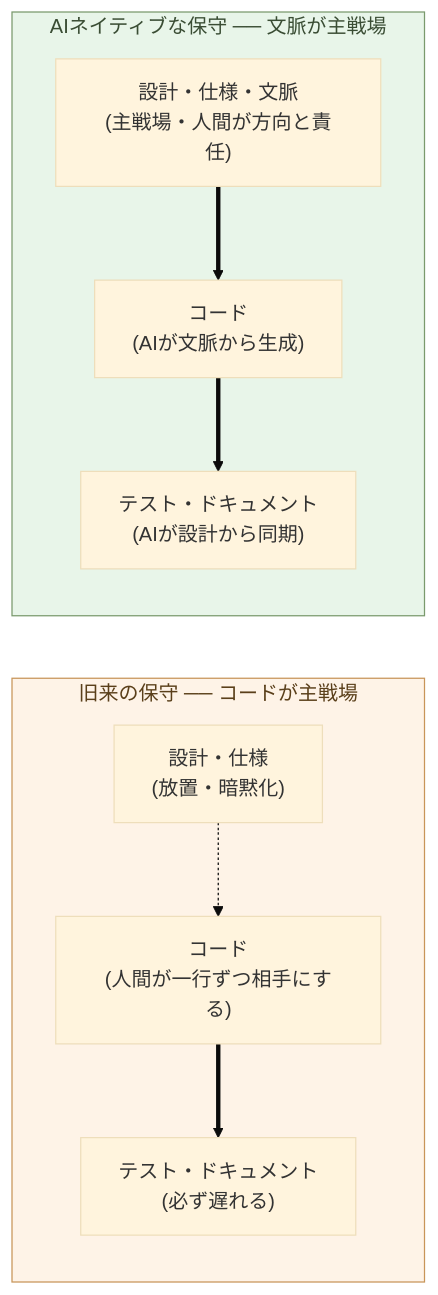
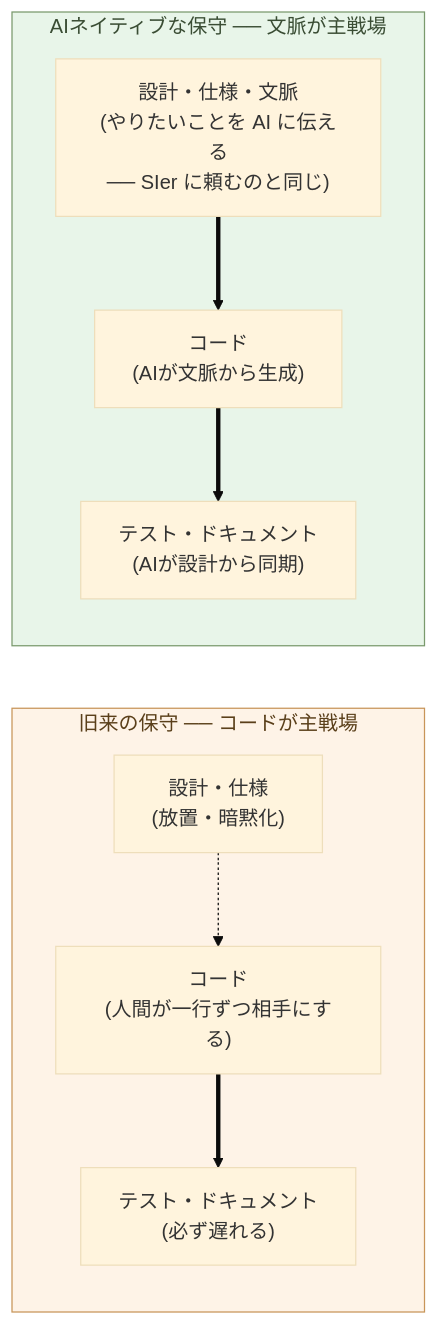
Before and after one commit to aiseed-dev/website: the diagram in articles/ai-native-ways/software/02-maintenance-shift/ja.md, drawn with Mermaid (base theme). The commit also changed 1 other file, not shown here.

Commit message:
第2章: 図の新側ノードを平易化(方向と責任→SIerに頼むのと同じ)
「主戦場・人間が方向と責任」が硬すぎるため、「やりたいことを AI に伝える
── SIer に頼むのと同じ」に。従来 SIer に依頼していたのと同じ感覚でよい、と
平易化。ja/en とも。

Claude-Session: https://claude.ai/code/session_01JWSjUtp9JogXnFvcXErbX3

````diff
--- a/articles/ai-native-ways/software/02-maintenance-shift/ja.md
+++ b/articles/ai-native-ways/software/02-maintenance-shift/ja.md
@@ -116,23 +116,23 @@
 ```mermaid
 flowchart LR
   subgraph Old["旧来の保守 ── コードが主戦場"]
     direction TB
     OD["設計・仕様<br/>(放置・暗黙化)"]
     OC["コード<br/>(人間が一行ずつ相手にする)"]
     OT["テスト・ドキュメント<br/>(必ず遅れる)"]
     OD -.-> OC ==> OT
   end
 
   subgraph New["AIネイティブな保守 ── 文脈が主戦場"]
     direction TB
-    ND["設計・仕様・文脈<br/>(主戦場・人間が方向と責任)"]
+    ND["設計・仕様・文脈<br/>(やりたいことを AI に伝える<br/>── SIer に頼むのと同じ)"]
     NC["コード<br/>(AIが文脈から生成)"]
     NT["テスト・ドキュメント<br/>(AIが設計から同期)"]
     ND ==> NC ==> NT
   end
 
   classDef good fill:#e8f5e9,stroke:#7a9a6d,color:#3a4d34
   classDef bad fill:#fef3e7,stroke:#c89559,color:#5a3f1a
   class New good
   class Old bad
 ```
````
